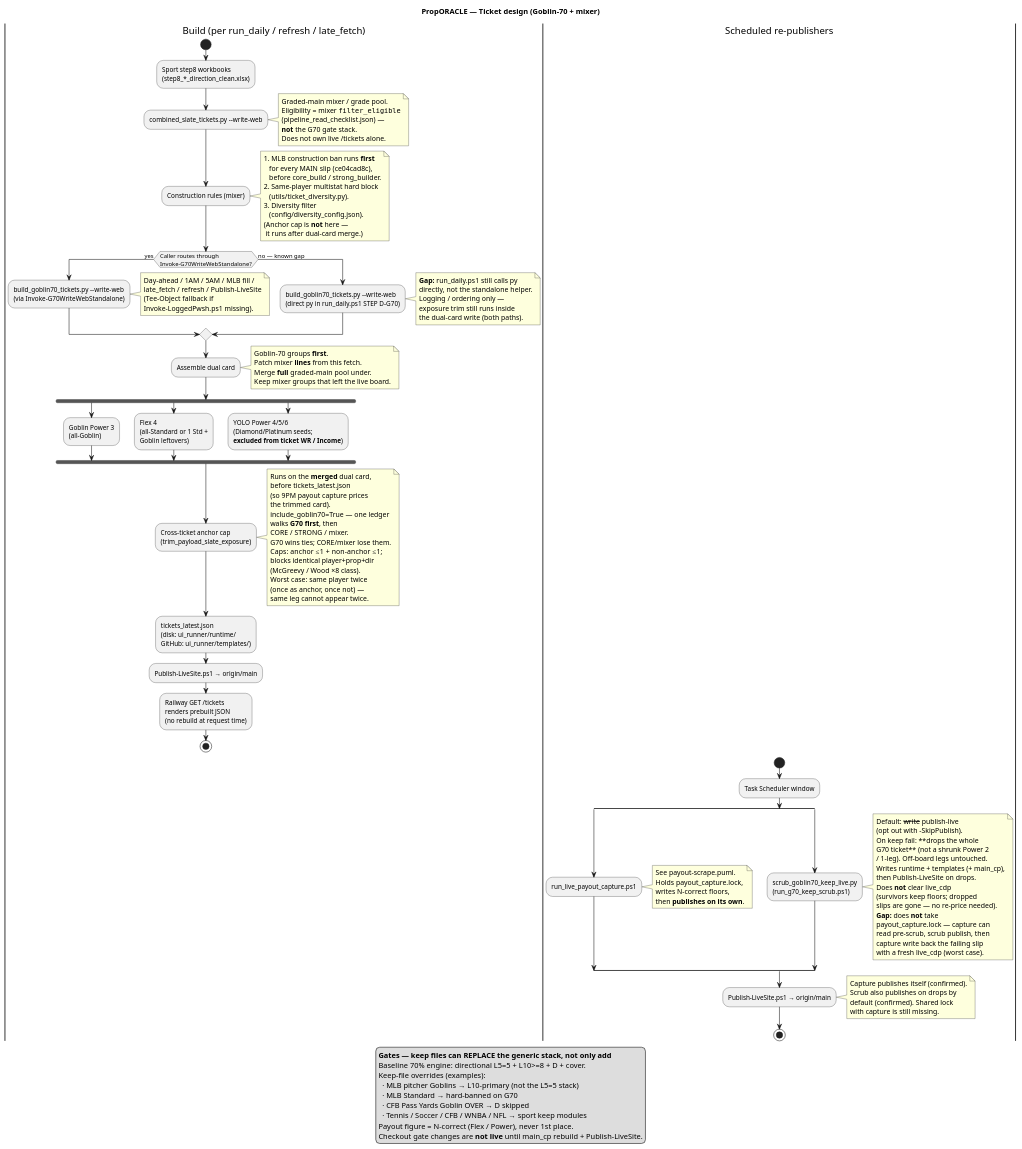
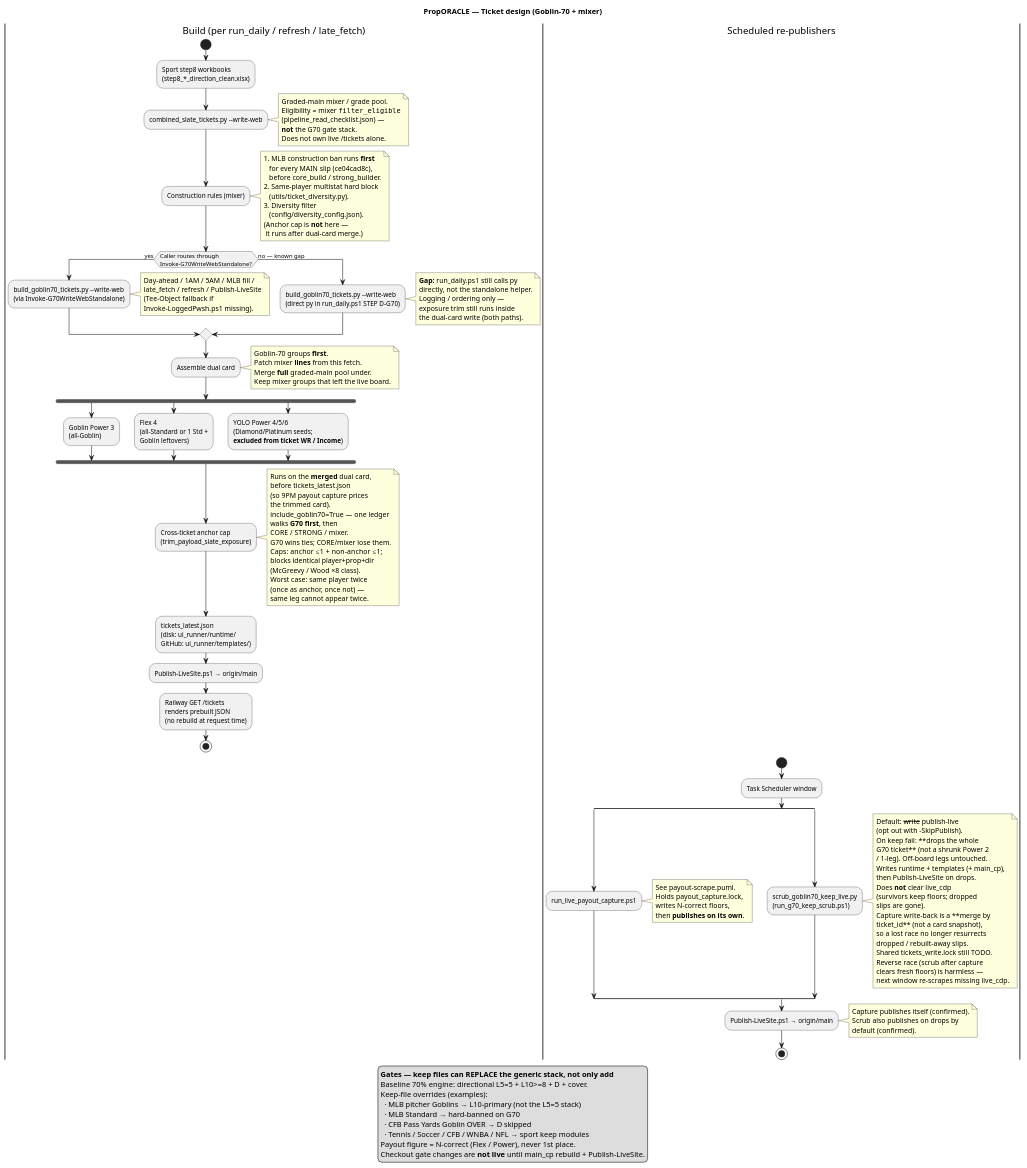
Before and after one commit to halekevi/PropORACLE: the diagram in docs/diagrams/ticket-design.puml, drawn with PlantUML. The commit also changed 1 other file, not shown here.

Commit message:
docs: Note capture merge write-back and reverse-race harmlessness.
Fix 2 closes resurrection of scrubbed/rebuilt slips; shared lock remains TODO.

```diff
--- a/docs/diagrams/ticket-design.puml
+++ b/docs/diagrams/ticket-design.puml
@@ -1,144 +1,146 @@
 @startuml PropORACLE_Ticket_Design
 ' Ticket design — dual card build, construction rules, publish
 ' Scheduled re-publishers (payout capture, keep scrub) are separate flows below.
 ' Render: PlantUML extension or https://www.plantuml.com/plantuml
 
 title PropORACLE — Ticket design (Goblin-70 + mixer)
 
 |Build (per run_daily / refresh / late_fetch)|
 start
 :Sport step8 workbooks\n(step8_*_direction_clean.xlsx);
 
 :combined_slate_tickets.py --write-web;
 note right
   Graded-main mixer / grade pool.
   Eligibility = mixer ""filter_eligible""
   (pipeline_read_checklist.json) —
   **not** the G70 gate stack.
   Does not own live /tickets alone.
 end note
 
 :Construction rules (mixer);
 note right
   1. MLB construction ban runs **first**
      for every MAIN slip (ce04cad8c),
      before core_build / strong_builder.
   2. Same-player multistat hard block
      (utils/ticket_diversity.py).
   3. Diversity filter
      (config/diversity_config.json).
   (Anchor cap is **not** here —
    it runs after dual-card merge.)
 end note
 
 if (Caller routes through\nInvoke-G70WriteWebStandalone?) then (yes)
   :build_goblin70_tickets.py --write-web\n(via Invoke-G70WriteWebStandalone);
   note right
     Day-ahead / 1AM / 5AM / MLB fill /
     late_fetch / refresh / Publish-LiveSite
     (Tee-Object fallback if
     Invoke-LoggedPwsh.ps1 missing).
   end note
 else (no — known gap)
   :build_goblin70_tickets.py --write-web\n(direct py in run_daily.ps1 STEP D-G70);
   note right
     **Gap:** run_daily.ps1 still calls py
     directly, not the standalone helper.
     Logging / ordering only —
     exposure trim still runs inside
     the dual-card write (both paths).
   end note
 endif
 
 :Assemble dual card;
 note right
   Goblin-70 groups **first**.
   Patch mixer **lines** from this fetch.
   Merge **full** graded-main pool under.
   Keep mixer groups that left the live board.
 end note
 
 fork
   :Goblin Power 3\n(all-Goblin);
 fork again
   :Flex 4\n(all-Standard or 1 Std +\nGoblin leftovers);
 fork again
   :YOLO Power 4/5/6\n(Diamond/Platinum seeds;\n**excluded from ticket WR / Income**);
 end fork
 
 :Cross-ticket anchor cap\n(trim_payload_slate_exposure);
 note right
   Runs on the **merged** dual card,
   before tickets_latest.json
   (so 9PM payout capture prices
   the trimmed card).
   include_goblin70=True — one ledger
   walks **G70 first**, then
   CORE / STRONG / mixer.
   G70 wins ties; CORE/mixer lose them.
   Caps: anchor ≤1 + non-anchor ≤1;
   blocks identical player+prop+dir
   (McGreevy / Wood ×8 class).
   Worst case: same player twice
   (once as anchor, once not) —
   same leg cannot appear twice.
 end note
 
 :tickets_latest.json\n(disk: ui_runner/runtime/\nGitHub: ui_runner/templates/);
 :Publish-LiveSite.ps1 → origin/main;
 :Railway GET /tickets\nrenders prebuilt JSON\n(no rebuild at request time);
 stop
 
 |Scheduled re-publishers|
 start
 :Task Scheduler window;
 split
   :run_live_payout_capture.ps1;
   note right
     See payout-scrape.puml.
     Holds payout_capture.lock,
     writes N-correct floors,
     then **publishes on its own**.
   end note
 split again
   :scrub_goblin70_keep_live.py\n(run_g70_keep_scrub.ps1);
   note right
     Default: --write --publish-live
     (opt out with -SkipPublish).
     On keep fail: **drops the whole
     G70 ticket** (not a shrunk Power 2
     / 1-leg). Off-board legs untouched.
     Writes runtime + templates (+ main_cp),
     then Publish-LiveSite on drops.
     Does **not** clear live_cdp
     (survivors keep floors; dropped
-    slips are gone — no re-price needed).
-    **Gap:** does **not** take
-    payout_capture.lock — capture can
-    read pre-scrub, scrub publish, then
-    capture write back the failing slip
-    with a fresh live_cdp (worst case).
+    slips are gone).
+    Capture write-back is a **merge by
+    ticket_id** (not a card snapshot),
+    so a lost race no longer resurrects
+    dropped / rebuilt-away slips.
+    Shared tickets_write.lock still TODO.
+    Reverse race (scrub after capture
+    clears fresh floors) is harmless —
+    next window re-scrapes missing live_cdp.
   end note
 end split
 :Publish-LiveSite.ps1 → origin/main;
 note right
   Capture publishes itself (confirmed).
   Scrub also publishes on drops by
-  default (confirmed). Shared lock
-  with capture is still missing.
+  default (confirmed).
 end note
 stop
 
 legend bottom
   **Gates — keep files can REPLACE the generic stack, not only add**
   Baseline 70% engine: directional L5=5 + L10>=8 + D + cover.
   Keep-file overrides (examples):
     · MLB pitcher Goblins → L10-primary (not the L5=5 stack)
     · MLB Standard → hard-banned on G70
     · CFB Pass Yards Goblin OVER → D skipped
     · Tennis / Soccer / CFB / WNBA / NFL → sport keep modules
   Payout figure = N-correct (Flex / Power), never 1st place.
   Checkout gate changes are **not live** until main_cp rebuild + Publish-LiveSite.
 endlegend
 
 @enduml
```
